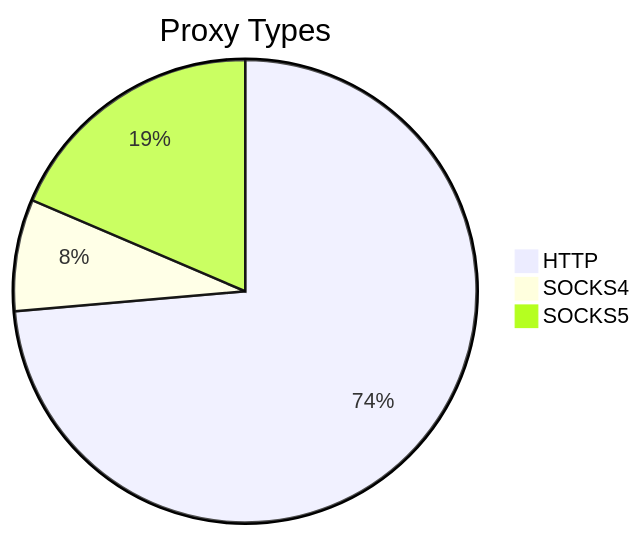
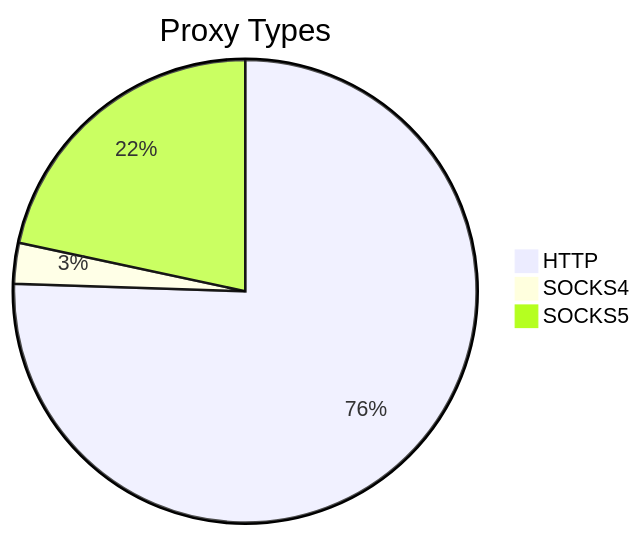
Before and after one commit to stormsia/proxy-list: the first of 2 diagrams in README.md, drawn with Mermaid. The commit also changed other lines of this file, not shown here.

````diff
--- a/README.md
+++ b/README.md
@@ -21,6 +21,6 @@
 ```mermaid
 pie title Proxy Types
-    "HTTP" : 226
-    "SOCKS4" : 24
-    "SOCKS5" : 57
+    "HTTP" : 185
+    "SOCKS4" : 7
+    "SOCKS5" : 53
 ```
````
